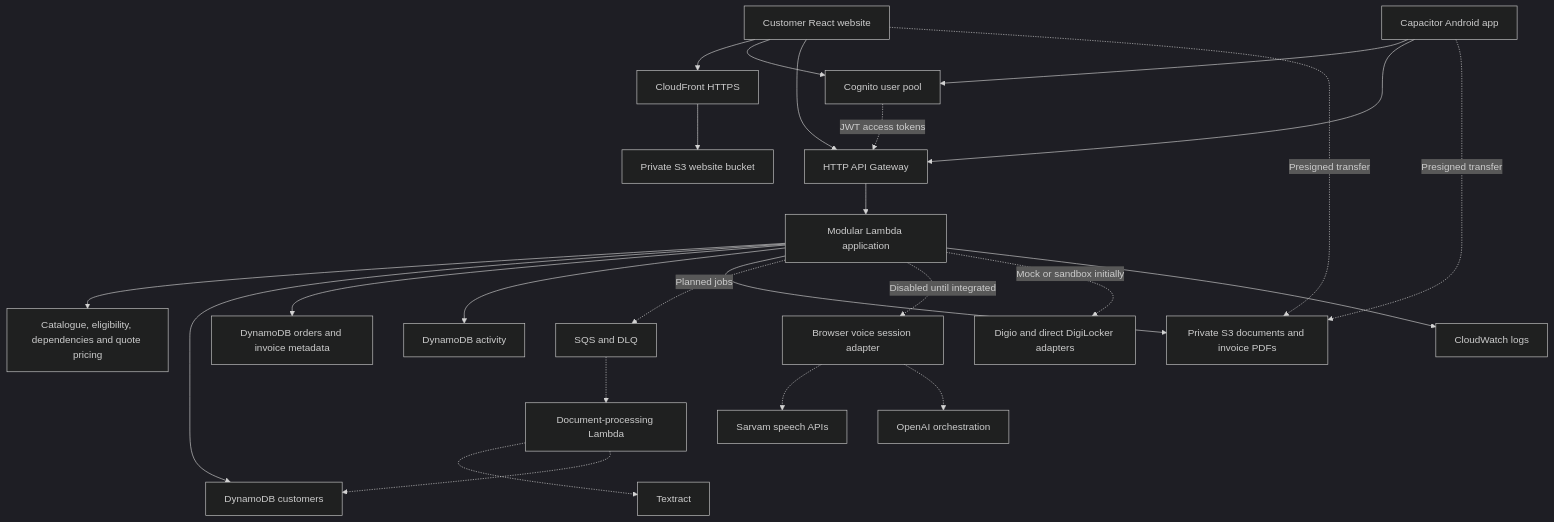
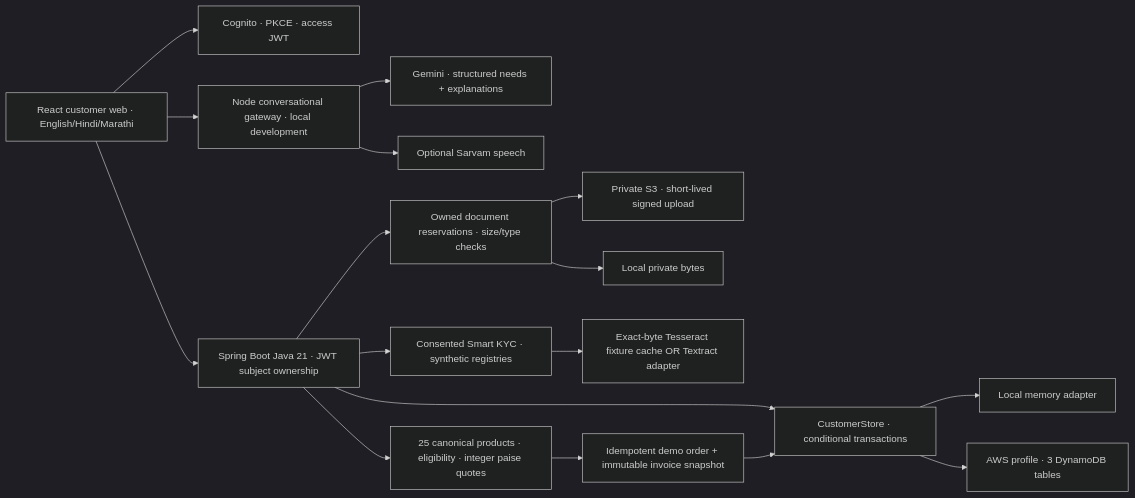
The diagram in docs/architecture.md (Nikunj00170/sync-comp), drawn with Mermaid (dark theme) before and after one commit. The commit also changed other lines of this file and 22 other files, not shown here.

Commit message:
test(case): verify supplied data and document AWS deployment gaps

````diff
--- a/docs/architecture.md
+++ b/docs/architecture.md
@@ -32,27 +5,19 @@
 ```mermaid
-flowchart TB
-  WEB["Customer React website"] --> CF["CloudFront HTTPS"]
-  CF --> SITE["Private S3 website bucket"]
-  MOBILE["Capacitor Android app"] --> COG["Cognito user pool"]
-  WEB --> COG
-  WEB --> API["HTTP API Gateway"]
-  MOBILE --> API
-  COG -. "JWT access tokens" .-> API
-  API --> APP["Modular Lambda application"]
-  APP --> RULES["Catalogue, eligibility, dependencies and quote pricing"]
-  APP --> CUSTOMERS["DynamoDB customers"]
-  APP --> ORDERS["DynamoDB orders and invoice metadata"]
-  APP --> ACTIVITY["DynamoDB activity"]
-  APP --> FILES["Private S3 documents and invoice PDFs"]
-  WEB -. "Presigned transfer" .-> FILES
-  MOBILE -. "Presigned transfer" .-> FILES
-  APP -. "Planned jobs" .-> QUEUE["SQS and DLQ"]
-  QUEUE -.-> WORKER["Document-processing Lambda"]
-  WORKER -.-> TEXTRACT["Textract"]
-  WORKER -.-> CUSTOMERS
-  APP -. "Disabled until integrated" .-> VOICE["Browser voice session adapter"]
-  VOICE -.-> SPEECH["Sarvam speech APIs"]
-  VOICE -.-> MODEL["OpenAI orchestration"]
-  APP -. "Mock or sandbox initially" .-> KYC["Digio and direct DigiLocker adapters"]
-  APP --> LOGS["CloudWatch logs"]
+flowchart LR
+  Customer["React customer web · English/Hindi/Marathi"] --> Auth["Cognito · PKCE · access JWT"]
+  Customer --> API["Spring Boot Java 21 · JWT subject ownership"]
+  Customer --> Advisor["Node conversational gateway · local development"]
+  Advisor --> Gemini["Gemini · structured needs + explanations"]
+  Advisor --> Sarvam["Optional Sarvam speech"]
+  API --> Rules["25 canonical products · eligibility · integer paise quotes"]
+  API --> Store["CustomerStore · conditional transactions"]
+  Store --> Memory["Local memory adapter"]
+  Store --> DDB["AWS profile · 3 DynamoDB tables"]
+  API --> Files["Owned document reservations · size/type checks"]
+  Files --> S3["Private S3 · short-lived signed upload"]
+  Files --> Local["Local private bytes"]
+  API --> KYC["Consented Smart KYC · synthetic registries"]
+  KYC --> OCR["Exact-byte Tesseract fixture cache OR Textract adapter"]
+  Rules --> Checkout["Idempotent demo order + immutable invoice snapshot"]
+  Checkout --> Store
 ```
````
